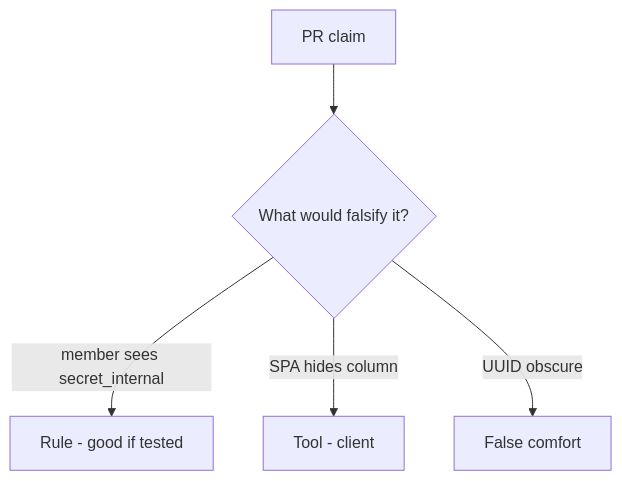
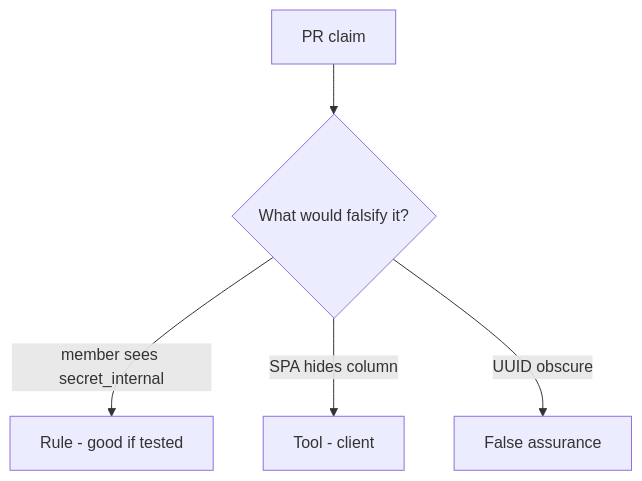
Before and after one commit to ishitvagoel/LearnSecurity: the diagram in content/modules/7/7.2/lessons/08-review.md, drawn with Mermaid. The commit also changed other lines of this file and 240 other files, not shown here.

````diff
--- a/content/modules/7/7.2/lessons/08-review.md
+++ b/content/modules/7/7.2/lessons/08-review.md
@@ -18,7 +18,7 @@
 ```mermaid
 flowchart TD
   Claim[PR claim] --> Q{"What would falsify it?"}
   Q -->|member sees secret_internal| Property["Rule - good if tested"]
   Q -->|SPA hides column| Mechanism[Tool - client]
-  Q -->|UUID obscure| False[False comfort]
+  Q -->|UUID obscure| False[False assurance]
 ```
````
